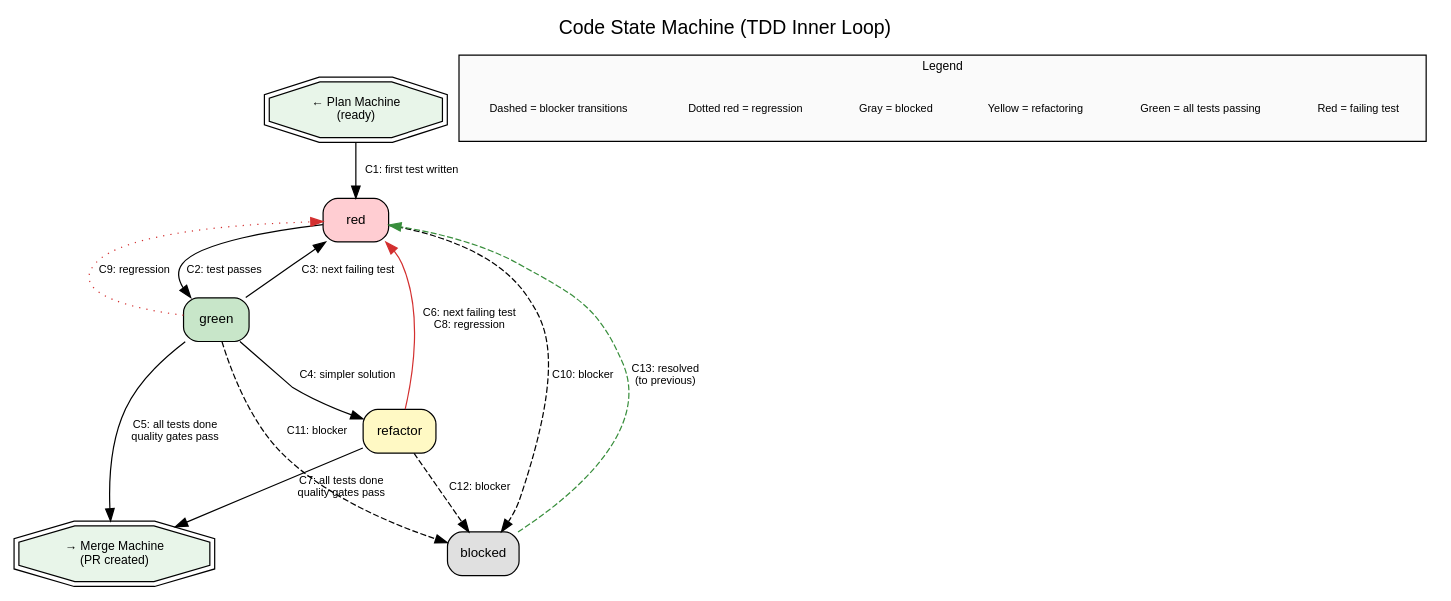
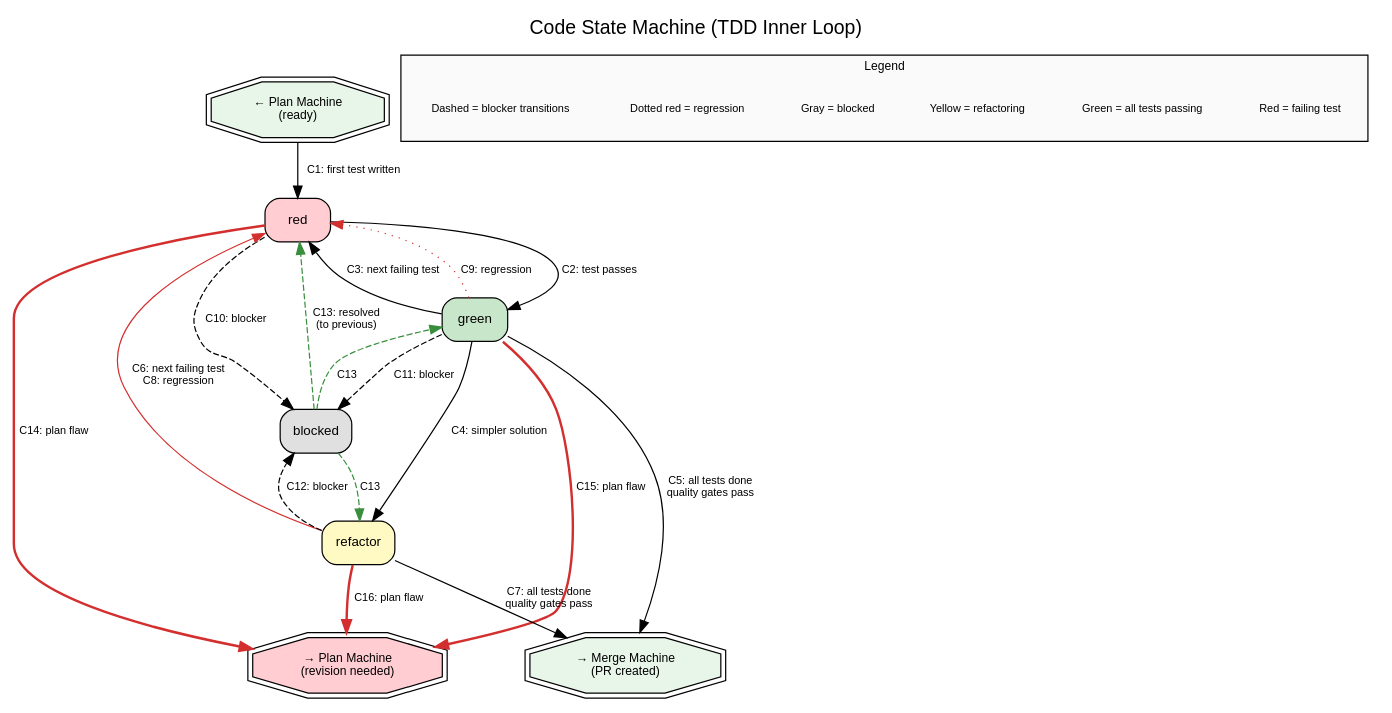
The diagram in todo/code.dot (curtcox/dev-state-machine), drawn with Graphviz before and after one commit. The commit also changed 7 other files, not shown here.

First line of the commit message:
Add Code→Plan backward transition and fix cross-document inconsistencies

```diff
--- a/todo/code.dot
+++ b/todo/code.dot
@@ -1,54 +1,62 @@
 digraph CodeStateMachine {
     label="Code State Machine (TDD Inner Loop)"
     labelloc="t"
     fontsize=16
     fontname="Helvetica"
     rankdir=TB
     node [fontname="Helvetica", fontsize=11]
     edge [fontname="Helvetica", fontsize=9]
 
     // Entry/exit points
     entry_plan [label="← Plan Machine\n(ready)", shape=doubleoctagon, style=filled, fillcolor="#E8F5E9", fontsize=10]
     exit_merge [label="→ Merge Machine\n(PR created)", shape=doubleoctagon, style=filled, fillcolor="#E8F5E9", fontsize=10]
+    exit_plan [label="→ Plan Machine\n(revision needed)", shape=doubleoctagon, style=filled, fillcolor="#FFCDD2", fontsize=10]
 
     // States
     red [label="red", shape=box, style="rounded,filled", fillcolor="#FFCDD2"]
     green [label="green", shape=box, style="rounded,filled", fillcolor="#C8E6C9"]
     refactor [label="refactor", shape=box, style="rounded,filled", fillcolor="#FFF9C4"]
     blocked [label="blocked", shape=box, style="rounded,filled", fillcolor="#E0E0E0"]
 
     // Entry
     entry_plan -> red [label="C1: first test written"]
 
     // TDD cycle
     red -> green [label="C2: test passes"]
     green -> red [label="C3: next failing test"]
     green -> refactor [label="C4: simpler solution"]
     refactor -> red [label="C6: next failing test\nC8: regression", color="#D32F2F"]
     green -> red [label="C9: regression", style=dotted, color="#D32F2F"]
 
     // Exit to Merge
     green -> exit_merge [label="C5: all tests done\nquality gates pass"]
     refactor -> exit_merge [label="C7: all tests done\nquality gates pass"]
 
     // Blocker transitions
     red -> blocked [label="C10: blocker", style=dashed]
     green -> blocked [label="C11: blocker", style=dashed]
     refactor -> blocked [label="C12: blocker", style=dashed]
     blocked -> red [label="C13: resolved\n(to previous)", style=dashed, color="#388E3C"]
+    blocked -> green [label="C13", style=dashed, color="#388E3C"]
+    blocked -> refactor [label="C13", style=dashed, color="#388E3C"]
+
+    // Backward transition to Plan machine
+    red -> exit_plan [label="C14: plan flaw", style=bold, color="#D32F2F"]
+    green -> exit_plan [label="C15: plan flaw", style=bold, color="#D32F2F"]
+    refactor -> exit_plan [label="C16: plan flaw", style=bold, color="#D32F2F"]
 
     // Legend
     subgraph cluster_legend {
         label="Legend"
         style=filled
         fillcolor="#FAFAFA"
         fontsize=10
         node [shape=plaintext, fontsize=9]
         l1 [label="Red = failing test"]
         l2 [label="Green = all tests passing"]
         l3 [label="Yellow = refactoring"]
         l4 [label="Gray = blocked"]
         l5 [label="Dotted red = regression"]
         l6 [label="Dashed = blocker transitions"]
     }
 }
```
